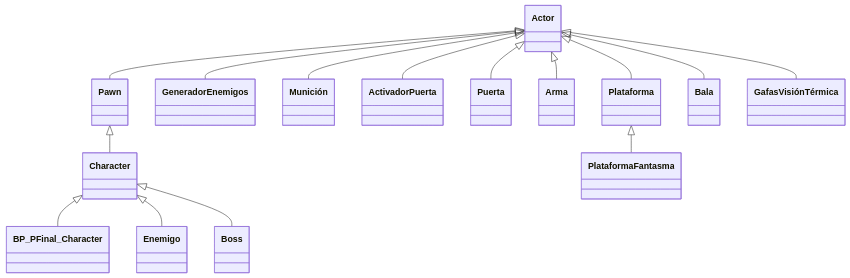
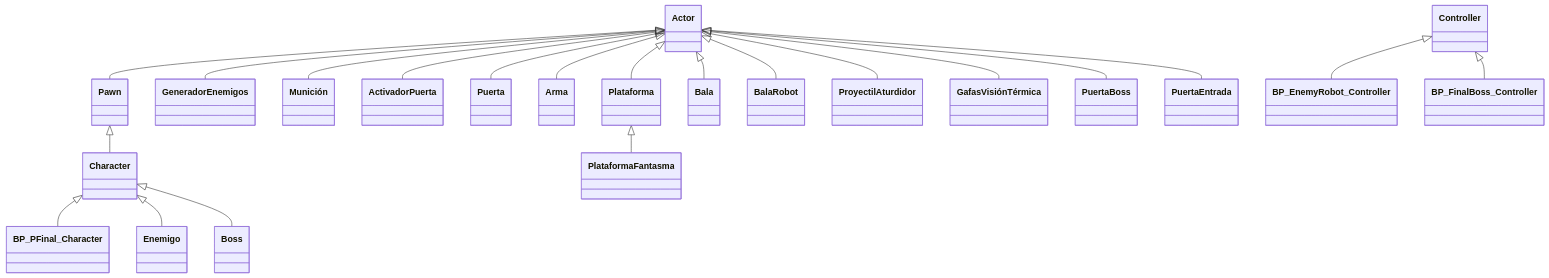
Before and after one commit to Dbugoi/DEV23-Bugoi: the fifth of 5 diagrams in README.md, drawn with Mermaid. The commit also changed other lines of this file and 57 other files, not shown here.

````diff
--- a/README.md
+++ b/README.md
@@ -191,19 +191,25 @@
 ```mermaid
 classDiagram
       Actor <|-- Pawn
       Pawn <|-- Character
       Character <|-- BP_PFinal_Character
       Character <|-- Enemigo
       Character <|-- Boss
 
       Actor <|-- GeneradorEnemigos
       Actor <|-- Munición
       Actor <|-- ActivadorPuerta
       Actor <|-- Puerta
       Actor <|-- Arma
       Actor <|-- Plataforma
       Plataforma <|-- PlataformaFantasma
       Actor <|-- Bala
+      Actor <|-- Bala Robot
+      Actor <|-- Proyectil Aturdidor
       Actor <|-- GafasVisiónTérmica
+      Actor <|-- PuertaBoss
+      Actor <|-- PuertaEntrada
+      Controller <|-- BP_EnemyRobot_Controller
+      Controller <|-- BP_FinalBoss_Controller
 
 ```
````
